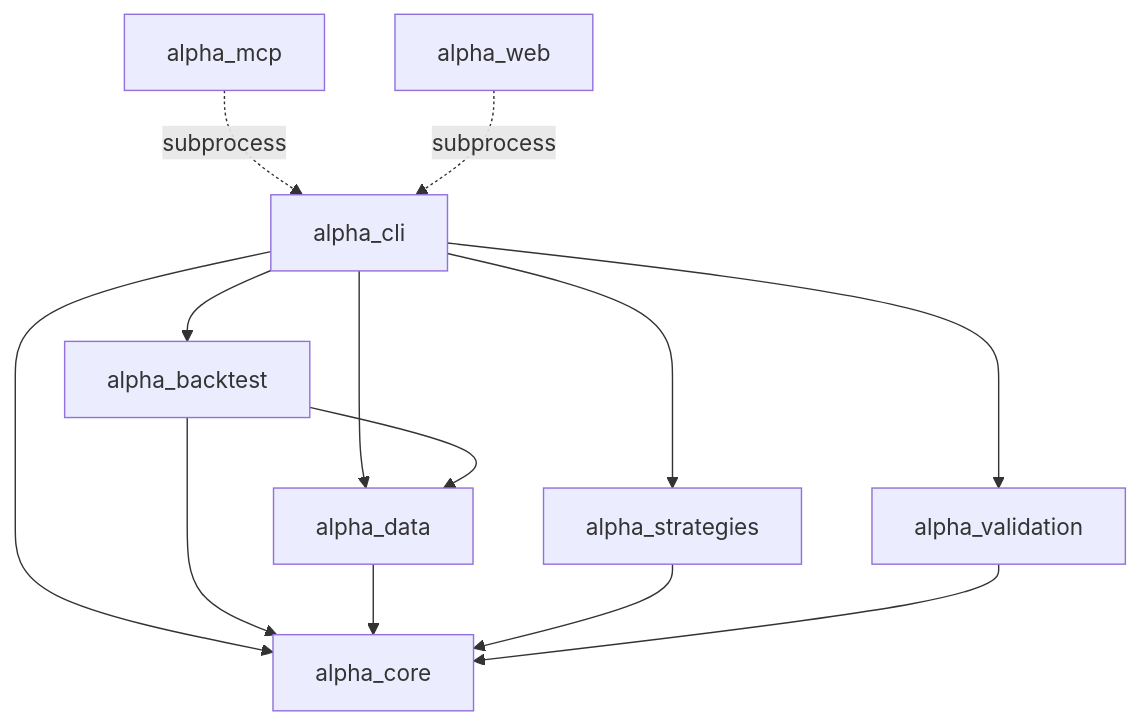
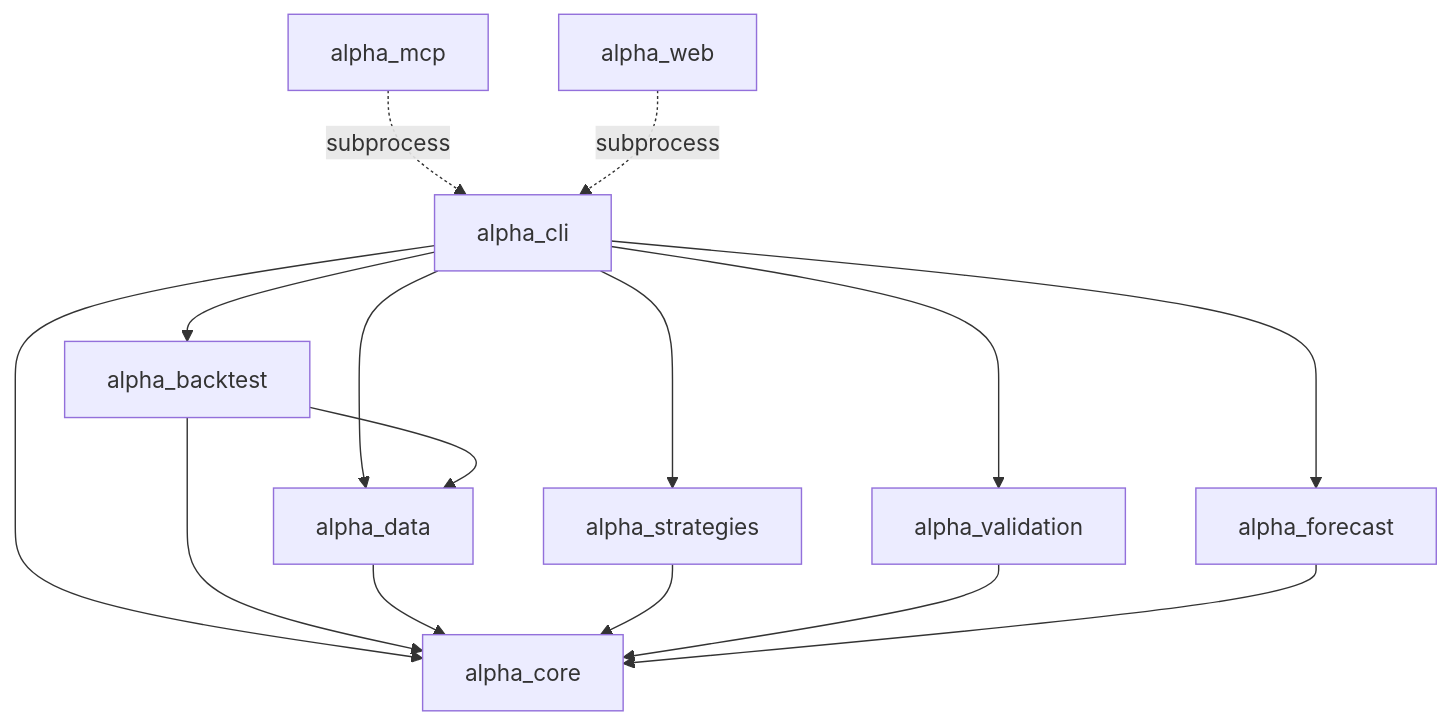
The first of 3 diagrams in docs/ARCHITECTURE.md (tradingsystem1880-eng/Project-ALPHA), drawn with Mermaid before and after one commit. The commit also changed other lines of this file and 4 other files, not shown here.

Commit message:
docs: ADR-0008/0009 (Kronos vendoring + leakage policy), ARCHITECTURE.md, CLAUDE.md sweep

````diff
--- a/docs/ARCHITECTURE.md
+++ b/docs/ARCHITECTURE.md
@@ -19,24 +19,27 @@
 ```mermaid
 graph TD
     mcp[alpha_mcp]
     web[alpha_web]
     cli[alpha_cli]
     bt[alpha_backtest]
     data[alpha_data]
     strat[alpha_strategies]
     val[alpha_validation]
+    fc[alpha_forecast]
     core[alpha_core]
 
     mcp -. subprocess .-> cli
     web -. subprocess .-> cli
     cli --> bt
     cli --> data
     cli --> strat
     cli --> val
+    cli --> fc
     cli --> core
     bt --> data
     bt --> core
     data --> core
     strat --> core
     val --> core
+    fc --> core
 ```
````
